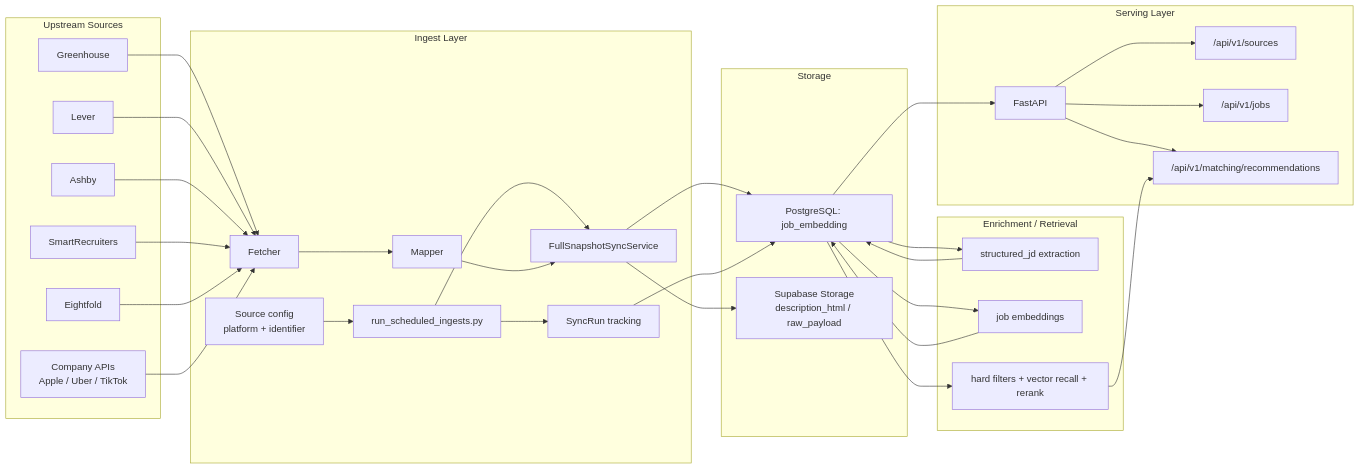
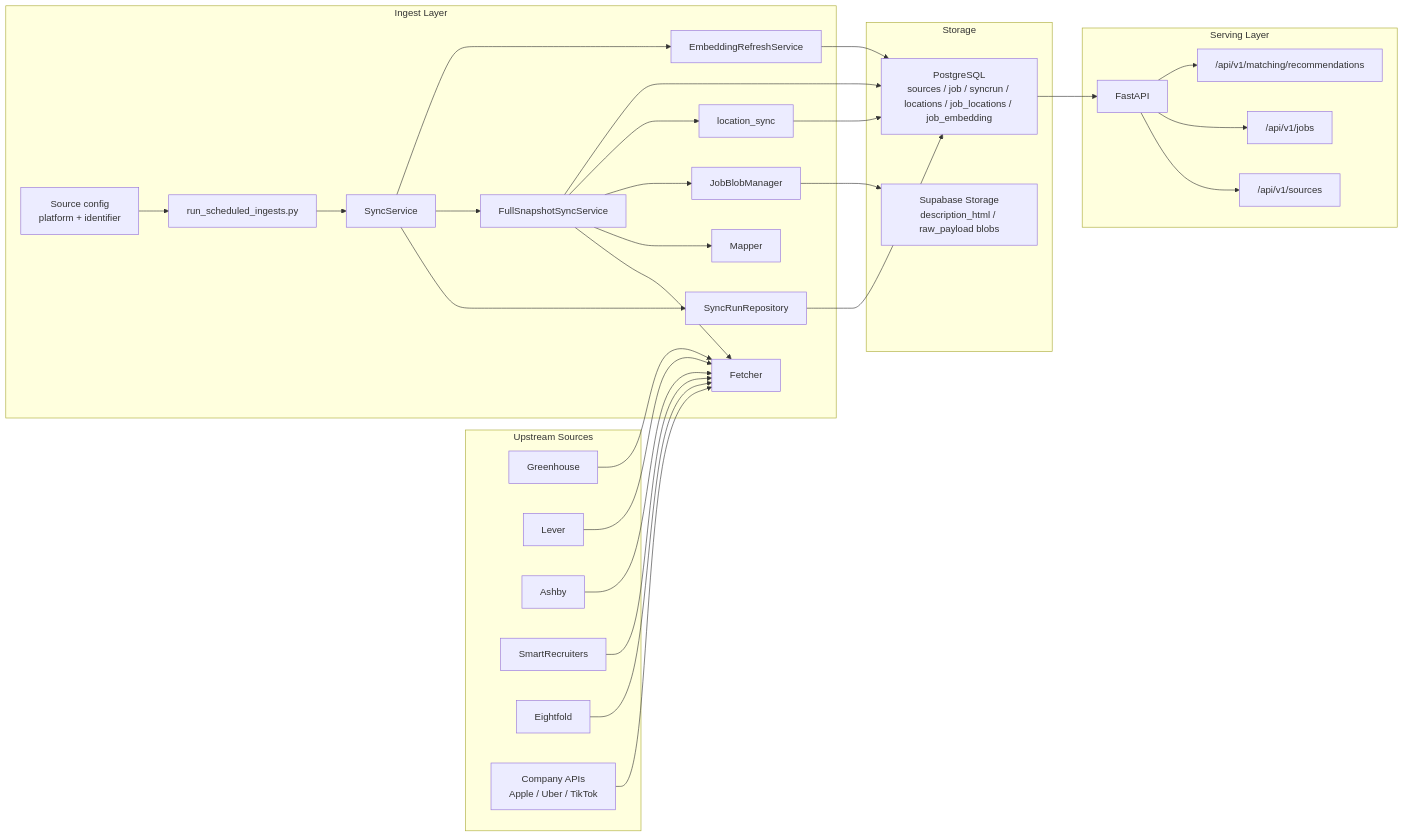
One commit to DengNaichen/job changed the first of 4 diagrams in docs/architecture/README.md. Above: the diagram before and after it, drawn with Mermaid. The commit also changed other lines of this file and 10 other files, not shown here.

Commit message:
docs: align architecture and data model to current implementation

````diff
--- a/docs/architecture/README.md
+++ b/docs/architecture/README.md
@@ -17,66 +8,63 @@
 ```mermaid
 flowchart LR
     subgraph Upstream["Upstream Sources"]
         GH["Greenhouse"]
         LV["Lever"]
         AS["Ashby"]
         SR["SmartRecruiters"]
         EF["Eightfold"]
         CA["Company APIs<br/>Apple / Uber / TikTok"]
     end
 
     subgraph Ingest["Ingest Layer"]
         SRC["Source config<br/>platform + identifier"]
+        RUNNER["run_scheduled_ingests.py"]
+        SYNC["SyncService"]
+        TRACK["SyncRunRepository"]
+        FULL["FullSnapshotSyncService"]
         F["Fetcher"]
         M["Mapper"]
-        FS["FullSnapshotSyncService"]
-        SRUN["SyncRun tracking"]
-        RUNNER["run_scheduled_ingests.py"]
+        BLOBM["JobBlobManager"]
+        LOCSYNC["location_sync"]
+        EMBREF["EmbeddingRefreshService"]
     end
 
     subgraph Storage["Storage"]
-        PG["PostgreSQL<br/>sources / job / syncrun"]
-        BLOB["Supabase Storage<br/>description_html / raw_payload"]
+        PG["PostgreSQL<br/>sources / job / syncrun / locations / job_locations / job_embedding"]
+        BLOB["Supabase Storage<br/>description_html / raw_payload blobs"]
     end
 
     subgraph API["Serving Layer"]
         FAST["FastAPI"]
         SOURCES["/api/v1/sources"]
         JOBS["/api/v1/jobs"]
         MATCH["/api/v1/matching/recommendations"]
-    end
-
-    subgraph Enrichment["Enrichment / Retrieval"]
-        JD["structured_jd extraction"]
-        EMB["job embeddings"]
-        RET["hard filters + vector recall + rerank"]
     end
 
     GH --> F
     LV --> F
     AS --> F
     SR --> F
     EF --> F
     CA --> F
 
     SRC --> RUNNER
-    RUNNER --> SRUN
-    RUNNER --> FS
-    F --> M
-    M --> FS
-    FS --> PG
-    FS --> BLOB
-    SRUN --> PG
+    RUNNER --> SYNC
+    SYNC --> TRACK
+    SYNC --> FULL
+    FULL --> F
+    FULL --> M
+    FULL --> BLOBM
+    FULL --> LOCSYNC
+    BLOBM --> BLOB
+    FULL --> PG
+    LOCSYNC --> PG
+    TRACK --> PG
+    SYNC --> EMBREF
+    EMBREF --> PG
 
     PG --> FAST
     FAST --> SOURCES
     FAST --> JOBS
     FAST --> MATCH
-
-    PG --> JD
-    JD --> PG
-    PG --> EMB
-    EMB --> PG[PostgreSQL: job_embedding]
-    PG[PostgreSQL: job_embedding] --> RET
-    RET --> MATCH
 ```
````
